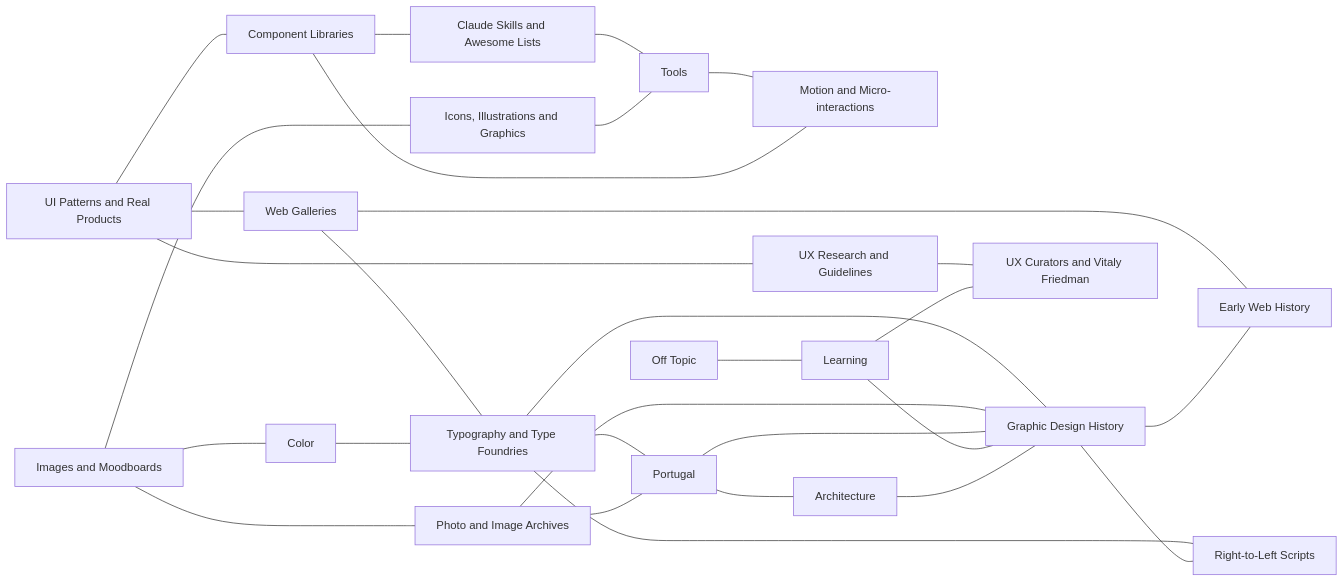
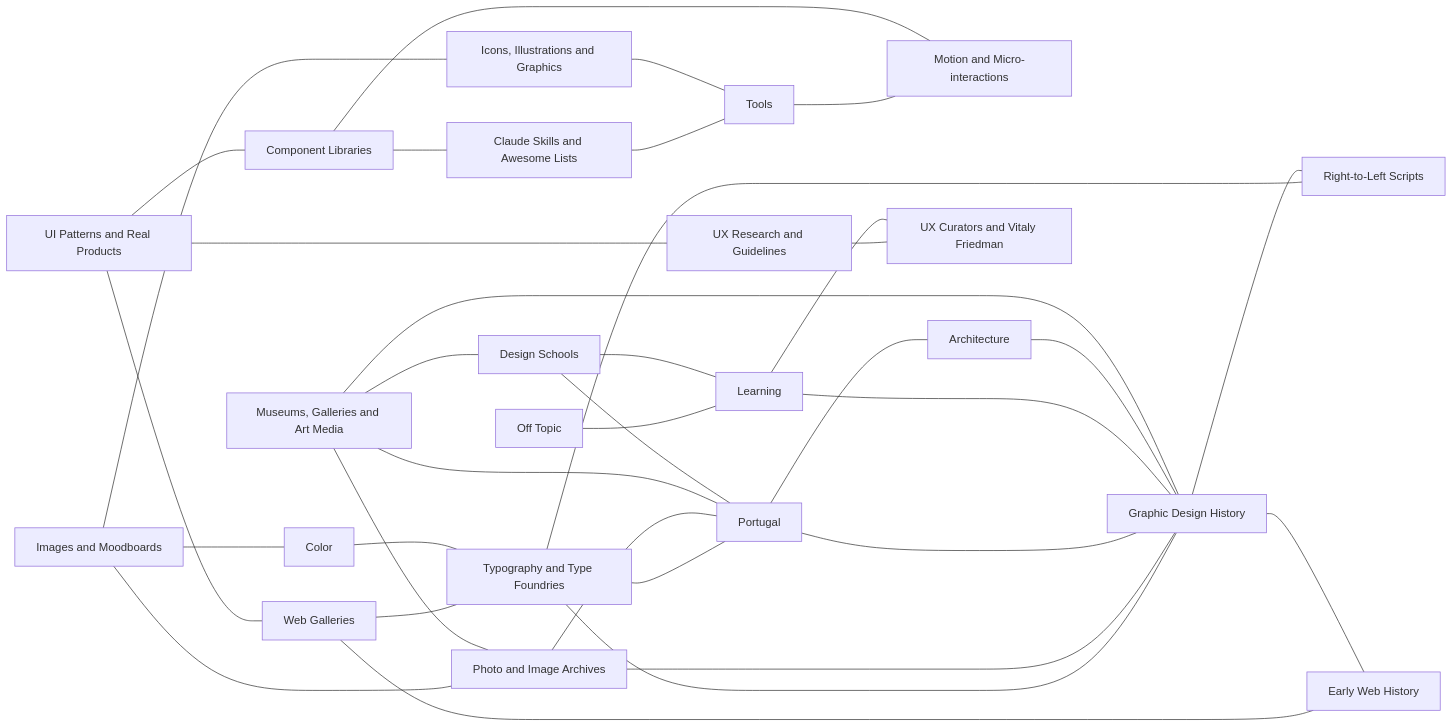
One commit to mariyasidorov-create/Reference-Hub changed the diagram in knowledge-map.md. Above: the diagram before and after it, drawn with Mermaid. The commit also changed 5 other files, not shown here.

First line of the commit message:
Add museums, design schools and Portuguese heritage found via Instagram similar accounts

````diff
--- a/knowledge-map.md
+++ b/knowledge-map.md
@@ -5,51 +5,59 @@
 ```mermaid
 graph LR
   ui_patterns["UI Patterns and Real Products"]
   web_galleries["Web Galleries"]
   images_and_moodboards["Images and Moodboards"]
   color["Color"]
   typography["Typography and Type Foundries"]
   motion["Motion and Micro-interactions"]
   ux_research["UX Research and Guidelines"]
   component_libraries["Component Libraries"]
   photo_archives["Photo and Image Archives"]
   portugal["Portugal"]
   awesome_lists["Claude Skills and Awesome Lists"]
   icons_and_graphics["Icons, Illustrations and Graphics"]
   tools["Tools"]
   off_topic["Off Topic"]
   learning["Learning"]
   graphic_design_history["Graphic Design History"]
   rtl["Right-to-Left Scripts"]
   architecture["Architecture"]
   web_history["Early Web History"]
+  museums_and_galleries["Museums, Galleries and Art Media"]
+  design_schools["Design Schools"]
   ux_curators["UX Curators and Vitaly Friedman"]
   ui_patterns --- web_galleries
   ui_patterns --- ux_research
   ui_patterns --- component_libraries
   web_galleries --- web_history
   web_galleries --- typography
   images_and_moodboards --- photo_archives
   images_and_moodboards --- icons_and_graphics
   images_and_moodboards --- color
   color --- typography
   typography --- graphic_design_history
   typography --- rtl
   typography --- portugal
   motion --- component_libraries
   ux_research --- ux_curators
   component_libraries --- awesome_lists
   photo_archives --- graphic_design_history
   photo_archives --- portugal
   portugal --- architecture
   portugal --- graphic_design_history
   awesome_lists --- tools
   icons_and_graphics --- tools
   tools --- motion
   off_topic --- learning
   learning --- graphic_design_history
   learning --- ux_curators
   graphic_design_history --- rtl
   graphic_design_history --- web_history
   architecture --- graphic_design_history
+  museums_and_galleries --- photo_archives
+  museums_and_galleries --- graphic_design_history
+  museums_and_galleries --- portugal
+  museums_and_galleries --- design_schools
+  design_schools --- learning
+  design_schools --- portugal
 ```
````
